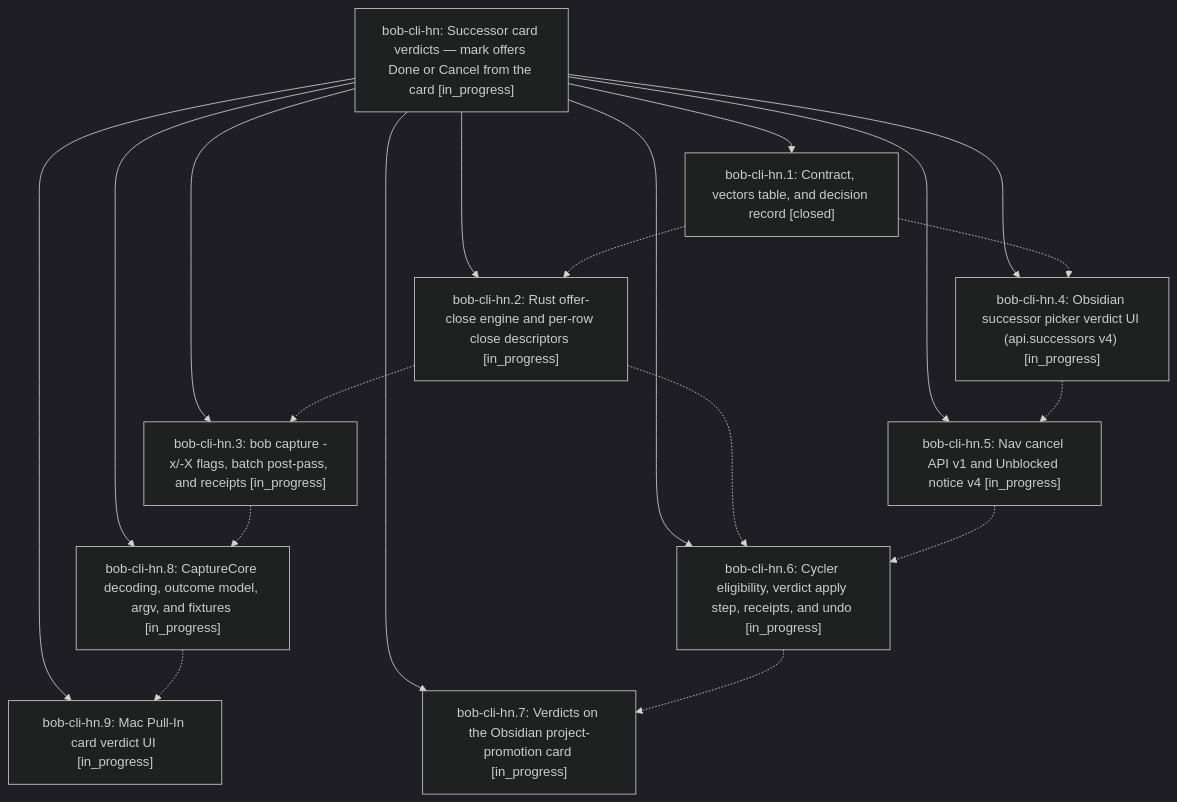
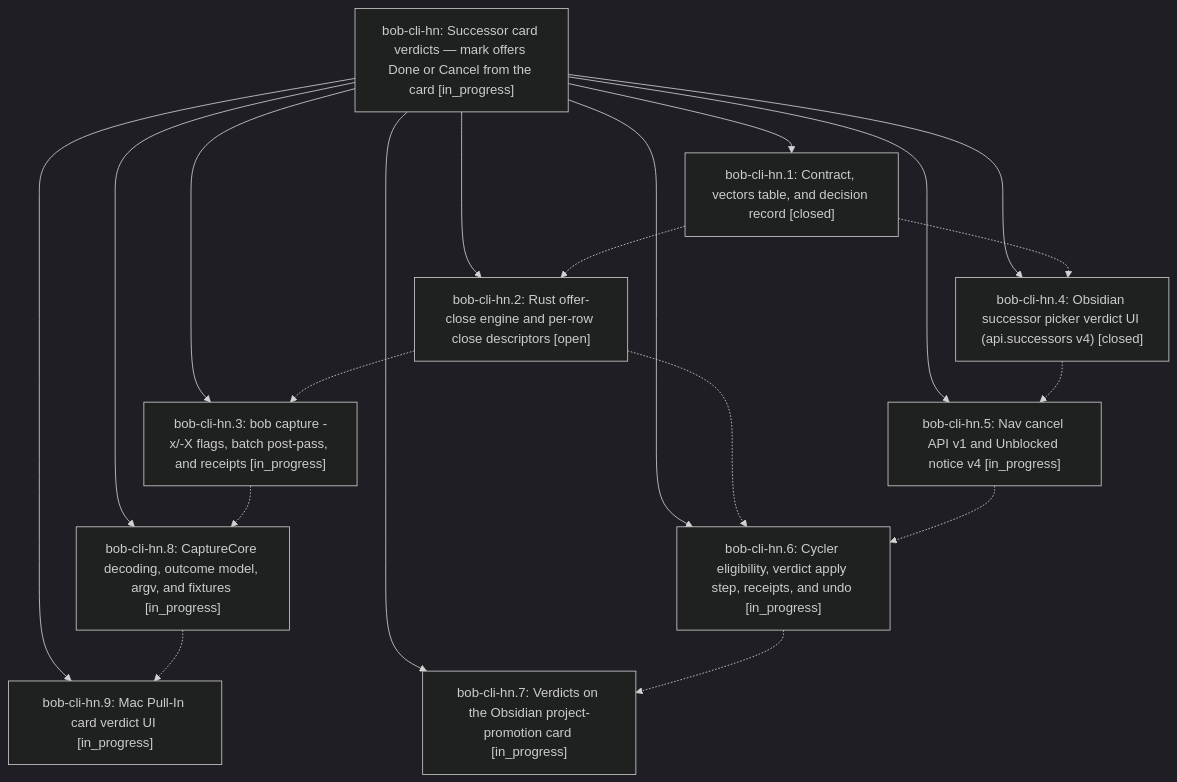
The diagram in pages/bob-cli-hn/README.md (bobs-org/bob-cli--beads), drawn with Mermaid (dark theme) before and after one commit. The commit also changed other lines of this file and 6 other files, not shown here.

First line of the commit message:
chore(beads): sync bead state and pages for bob-cli-hn

````diff
--- a/pages/bob-cli-hn/README.md
+++ b/pages/bob-cli-hn/README.md
@@ -30,31 +42,31 @@
 ```mermaid
 flowchart TD
     n0["bob-cli-hn: Successor card verdicts — mark offers Done or Cancel from the card [in_progress]"]
     n1["bob-cli-hn.1: Contract, vectors table, and decision record [closed]"]
-    n2["bob-cli-hn.2: Rust offer-close engine and per-row close descriptors [in_progress]"]
+    n2["bob-cli-hn.2: Rust offer-close engine and per-row close descriptors [open]"]
     n3["bob-cli-hn.3: bob capture -x/-X flags, batch post-pass, and receipts [in_progress]"]
-    n4["bob-cli-hn.4: Obsidian successor picker verdict UI (api.successors v4) [in_progress]"]
+    n4["bob-cli-hn.4: Obsidian successor picker verdict UI (api.successors v4) [closed]"]
     n5["bob-cli-hn.5: Nav cancel API v1 and Unblocked notice v4 [in_progress]"]
     n6["bob-cli-hn.6: Cycler eligibility, verdict apply step, receipts, and undo [in_progress]"]
     n7["bob-cli-hn.7: Verdicts on the Obsidian project-promotion card [in_progress]"]
     n8["bob-cli-hn.8: CaptureCore decoding, outcome model, argv, and fixtures [in_progress]"]
     n9["bob-cli-hn.9: Mac Pull-In card verdict UI [in_progress]"]
     n0 --> n1
     n0 --> n2
     n0 --> n3
     n0 --> n4
     n0 --> n5
     n0 --> n6
     n0 --> n7
     n0 --> n8
     n0 --> n9
     n1 -.-> n2
     n1 -.-> n4
     n2 -.-> n3
     n2 -.-> n6
     n3 -.-> n8
     n4 -.-> n5
     n5 -.-> n6
     n6 -.-> n7
     n8 -.-> n9
 ```
````
